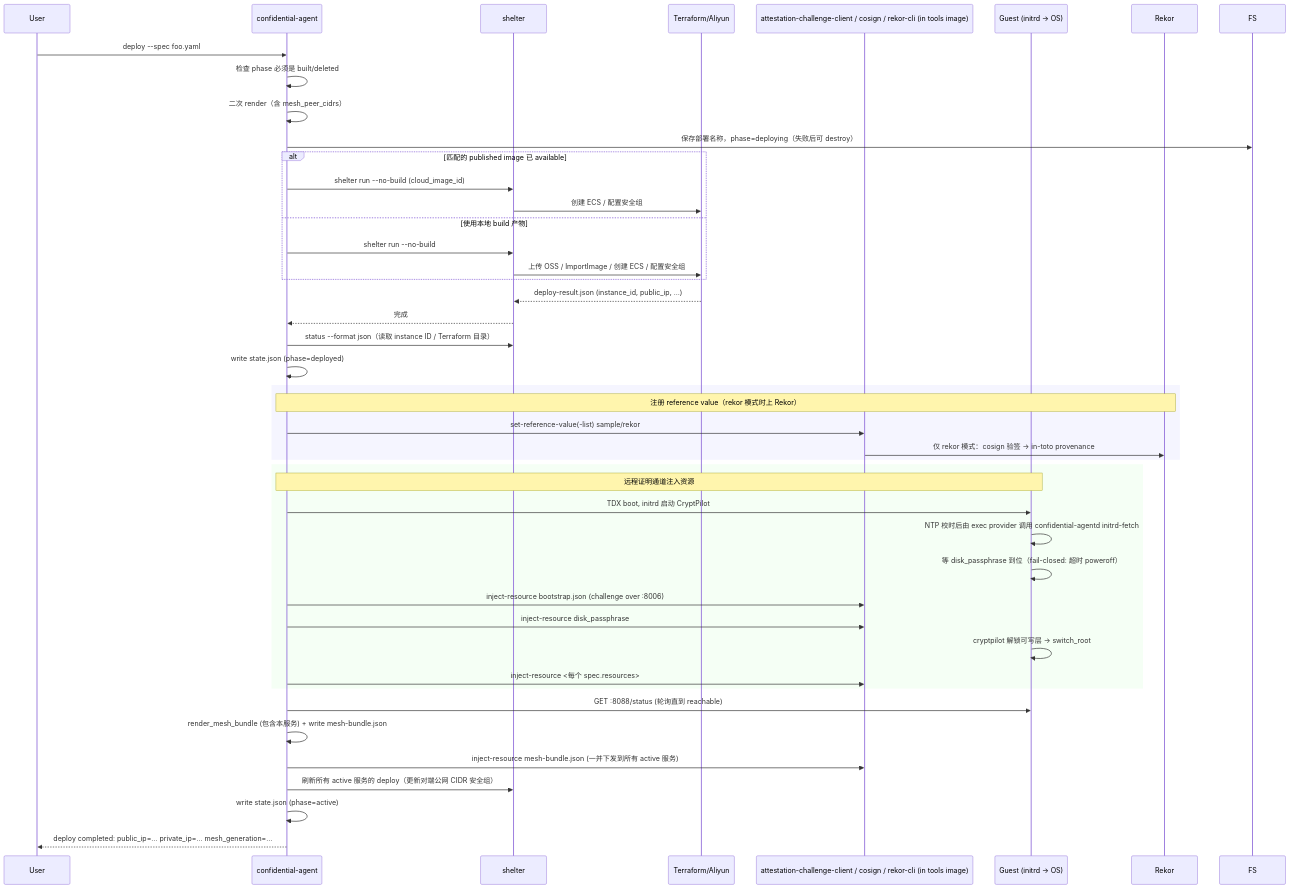
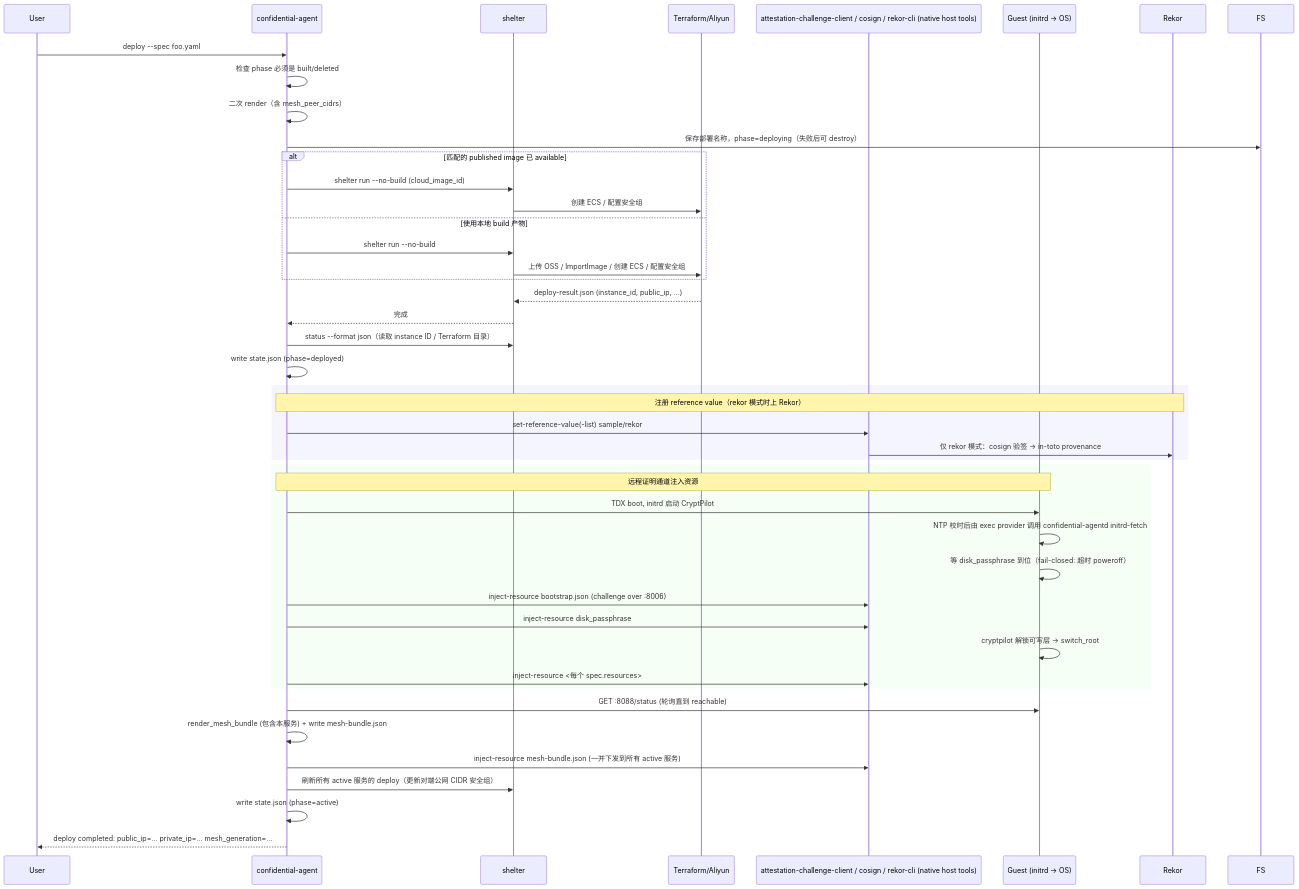
Before and after one commit to wdsun1008/confidential-agent: the fourth of 7 diagrams in docs/architecture.md, drawn with Mermaid. The commit also changed other lines of this file and 51 other files, not shown here.

Commit message:
feat: package native cagent tools without host Docker

````diff
--- a/docs/architecture.md
+++ b/docs/architecture.md
@@ -96,50 +96,50 @@
 ```mermaid
 sequenceDiagram
     participant U as User
     participant CLI as confidential-agent
     participant SHB as shelter
     participant TF as Terraform/Aliyun
-    participant ACC as attestation-challenge-client / cosign / rekor-cli (in tools image)
+    participant ACC as attestation-challenge-client / cosign / rekor-cli (native host tools)
     participant G as Guest (initrd → OS)
     participant Rekor as Rekor
 
     U->>CLI: deploy --spec foo.yaml
     CLI->>CLI: 检查 phase 必须是 built/deleted
     CLI->>CLI: 二次 render（含 mesh_peer_cidrs）
     CLI->>FS: 保存部署名称，phase=deploying（失败后可 destroy）
     alt 匹配的 published image 已 available
         CLI->>SHB: shelter run --no-build (cloud_image_id)
         SHB->>TF: 创建 ECS / 配置安全组
     else 使用本地 build 产物
         CLI->>SHB: shelter run --no-build
         SHB->>TF: 上传 OSS / ImportImage / 创建 ECS / 配置安全组
     end
     TF-->>SHB: deploy-result.json (instance_id, public_ip, …)
     SHB-->>CLI: 完成
     CLI->>SHB: status --format json（读取 instance ID / Terraform 目录）
     CLI->>CLI: write state.json (phase=deployed)
 
     rect rgb(245,245,255)
     note over CLI,Rekor: 注册 reference value（rekor 模式时上 Rekor）
     CLI->>ACC: set-reference-value(-list) sample/rekor
     ACC->>Rekor: 仅 rekor 模式：cosign 验签 → in-toto provenance
     end
 
     rect rgb(245,255,245)
     note over CLI,G: 远程证明通道注入资源
     CLI->>G: TDX boot, initrd 启动 CryptPilot
     G->>G: NTP 校时后由 exec provider 调用 confidential-agentd initrd-fetch
     G->>G: 等 disk_passphrase 到位（fail-closed: 超时 poweroff）
     CLI->>ACC: inject-resource bootstrap.json (challenge over :8006)
     CLI->>ACC: inject-resource disk_passphrase
     G->>G: cryptpilot 解锁可写层 → switch_root
     CLI->>ACC: inject-resource <每个 spec.resources>
     end
 
     CLI->>G: GET :8088/status (轮询直到 reachable)
     CLI->>CLI: render_mesh_bundle (包含本服务) + write mesh-bundle.json
     CLI->>ACC: inject-resource mesh-bundle.json (一并下发到所有 active 服务)
     CLI->>SHB: 刷新所有 active 服务的 deploy（更新对端公网 CIDR 安全组）
     CLI->>CLI: write state.json (phase=active)
     CLI-->>U: deploy completed: public_ip=… private_ip=… mesh_generation=…
 ```
````
